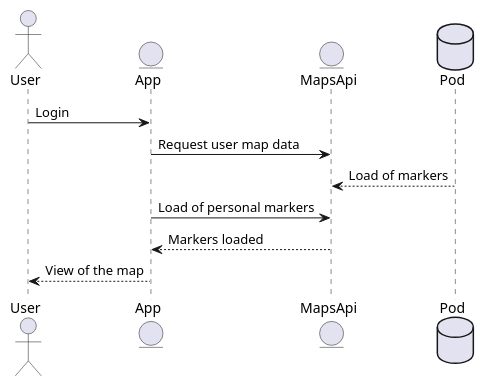
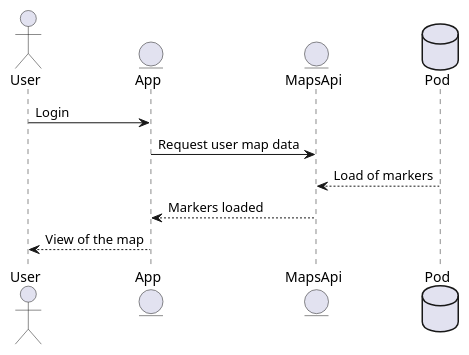
Before and after one commit to Arquisoft/lomap_es4a: the second of 3 diagrams in docs/06_runtime_view.adoc, drawn with PlantUML. The commit also changed other lines of this file, not shown here.

```diff
--- a/docs/06_runtime_view.adoc
+++ b/docs/06_runtime_view.adoc
@@ -48,13 +18,12 @@
 [plantuml,"Sequence diagram2",png]
 ----
 actor User
 entity App
 entity MapsApi
 database Pod 
 User -> App: Login
 App -> MapsApi: Request user map data
 Pod --> MapsApi: Load of markers
-App -> MapsApi: Load of personal markers
 MapsApi--> App : Markers loaded
 App --> User: View of the map
 ----
```
